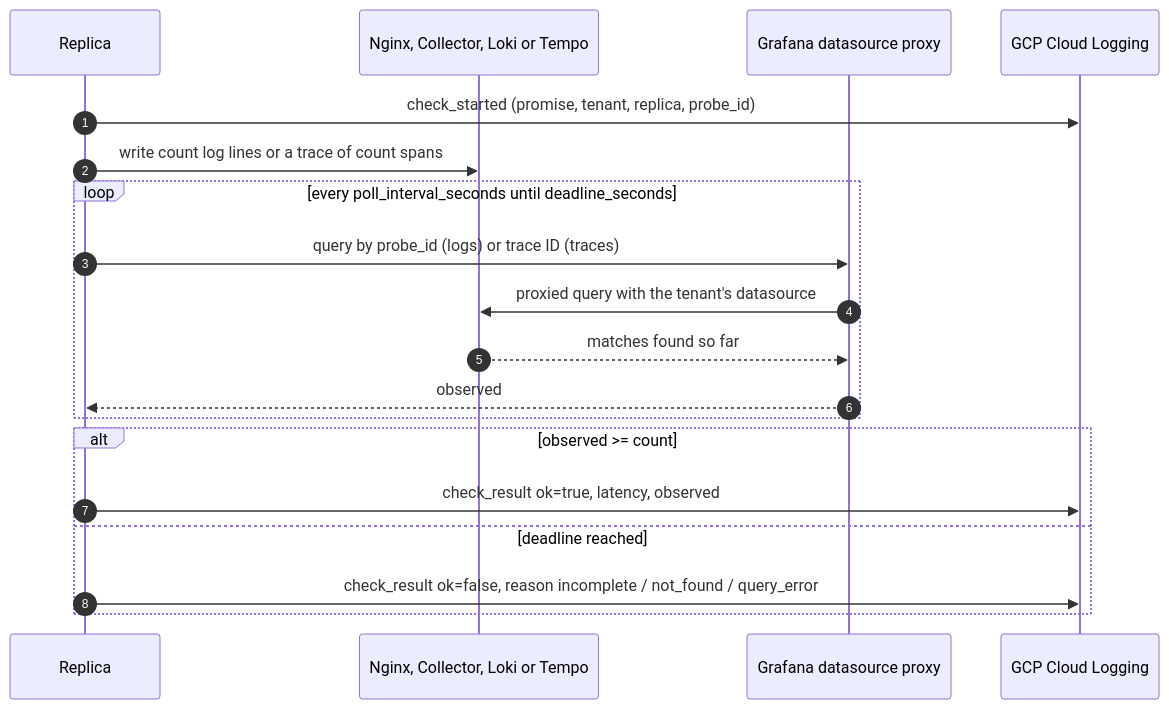
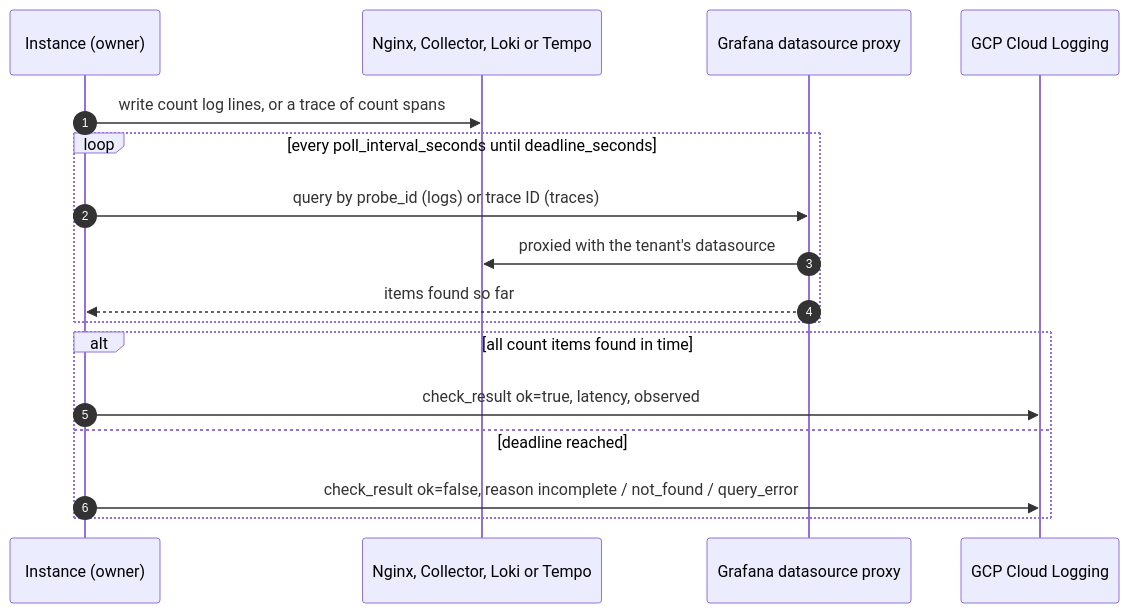
The third of 6 diagrams in heartbeat-probe/README.md (ileoliao/agent-repo), drawn with Mermaid before and after one commit. The commit also changed other lines of this file and 13 other files, not shown here.

````diff
--- a/heartbeat-probe/README.md
+++ b/heartbeat-probe/README.md
@@ -88,22 +90,20 @@
 ```mermaid
 sequenceDiagram
   autonumber
-  participant R as Replica
+  participant I as Instance (owner)
   participant P as Nginx, Collector, Loki or Tempo
   participant G as Grafana datasource proxy
   participant L as GCP Cloud Logging
 
-  R->>L: check_started (promise, tenant, replica, probe_id)
-  R->>P: write count log lines or a trace of count spans
+  I->>P: write count log lines, or a trace of count spans
   loop every poll_interval_seconds until deadline_seconds
-    R->>G: query by probe_id (logs) or trace ID (traces)
-    G->>P: proxied query with the tenant's datasource
-    P-->>G: matches found so far
-    G-->>R: observed
+    I->>G: query by probe_id (logs) or trace ID (traces)
+    G->>P: proxied with the tenant's datasource
+    G-->>I: items found so far
   end
-  alt observed >= count
-    R->>L: check_result ok=true, latency, observed
+  alt all count items found in time
+    I->>L: check_result ok=true, latency, observed
   else deadline reached
-    R->>L: check_result ok=false, reason incomplete / not_found / query_error
+    I->>L: check_result ok=false, reason incomplete / not_found / query_error
   end
 ```
````
